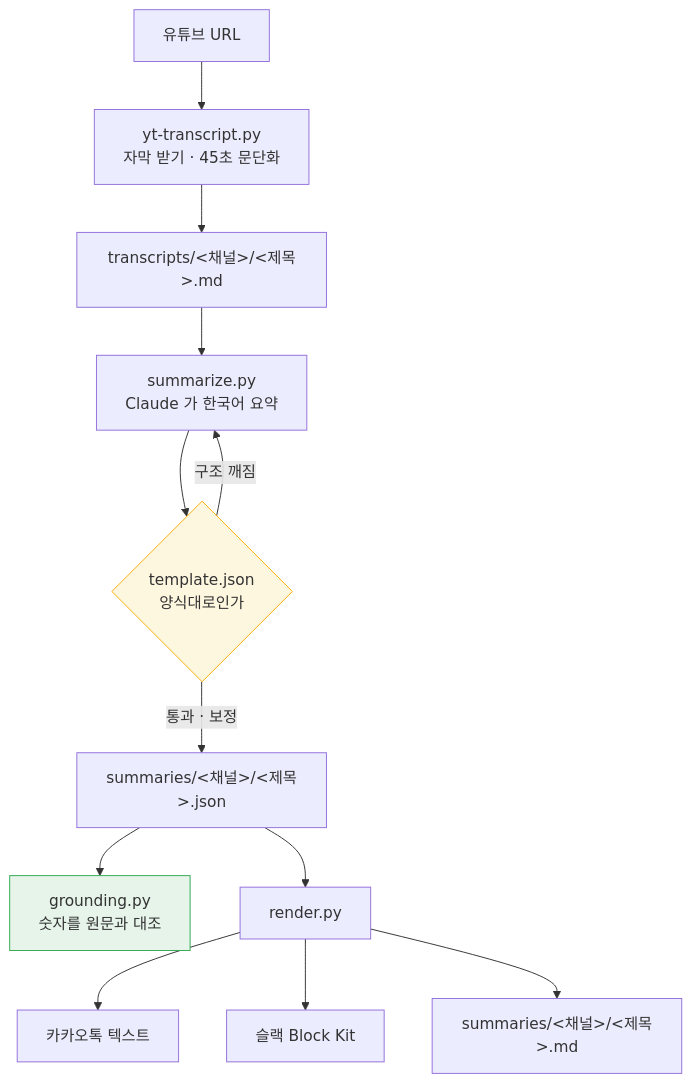
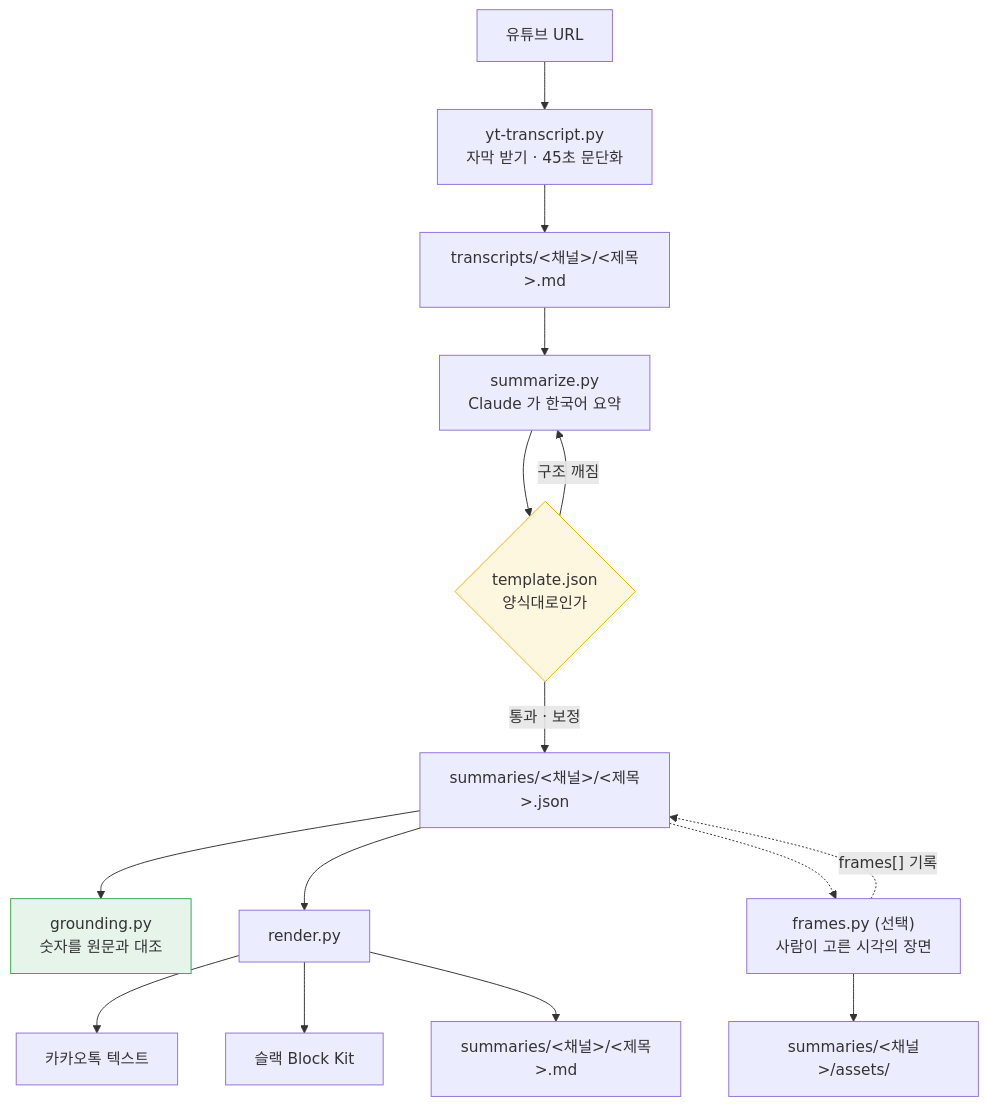
The diagram in README.md (junh0328/youtube-transcript-extractor), drawn with Mermaid before and after one commit. The commit also changed other lines of this file and 8 other files, not shown here.

````diff
--- a/README.md
+++ b/README.md
@@ -15,17 +15,20 @@
 ```mermaid
 flowchart TD
     A["유튜브 URL"] --> B["yt-transcript.py<br/>자막 받기 · 45초 문단화"]
     B --> C["transcripts/&lt;채널&gt;/&lt;제목&gt;.md"]
     C --> D["summarize.py<br/>Claude 가 한국어 요약"]
     D --> E{"template.json<br/>양식대로인가"}
     E -->|"구조 깨짐"| D
     E -->|"통과 · 보정"| F["summaries/&lt;채널&gt;/&lt;제목&gt;.json"]
     F --> G["grounding.py<br/>숫자를 원문과 대조"]
     F --> H["render.py"]
     H --> I1["카카오톡 텍스트"]
     H --> I2["슬랙 Block Kit"]
     H --> I3["summaries/&lt;채널&gt;/&lt;제목&gt;.md"]
+    F -.-> J["frames.py (선택)<br/>사람이 고른 시각의 장면"]
+    J --> K["summaries/&lt;채널&gt;/assets/"]
+    J -.->|"frames[] 기록"| F
 
     style E fill:#fef7e0,stroke:#f9ab00
     style G fill:#e6f4ea,stroke:#34a853
 ```
````
